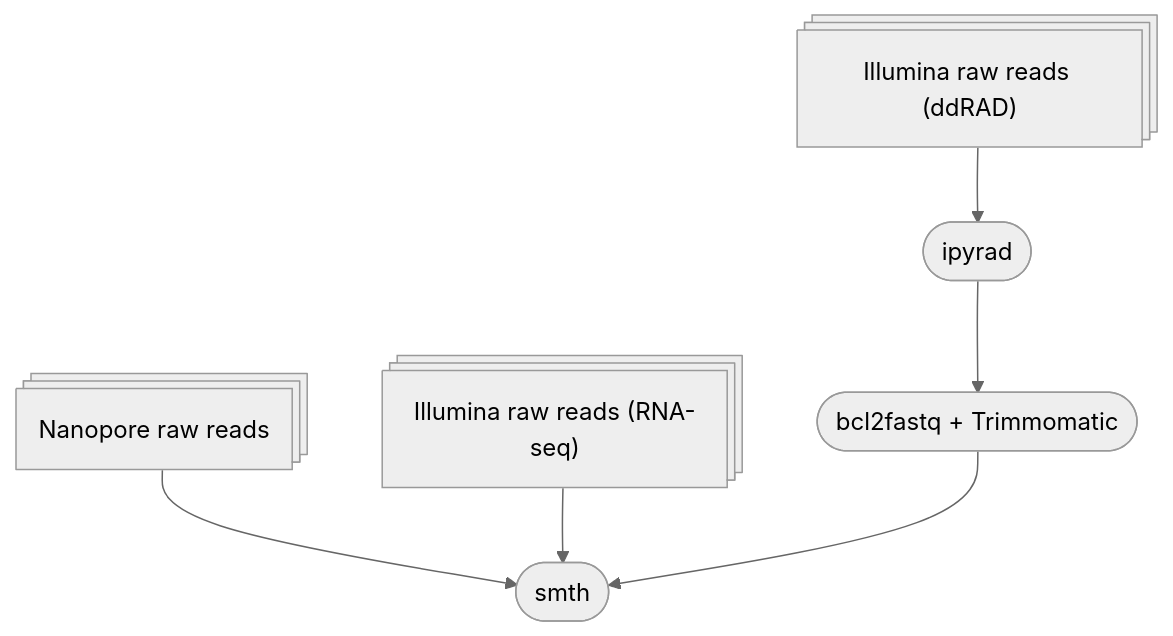
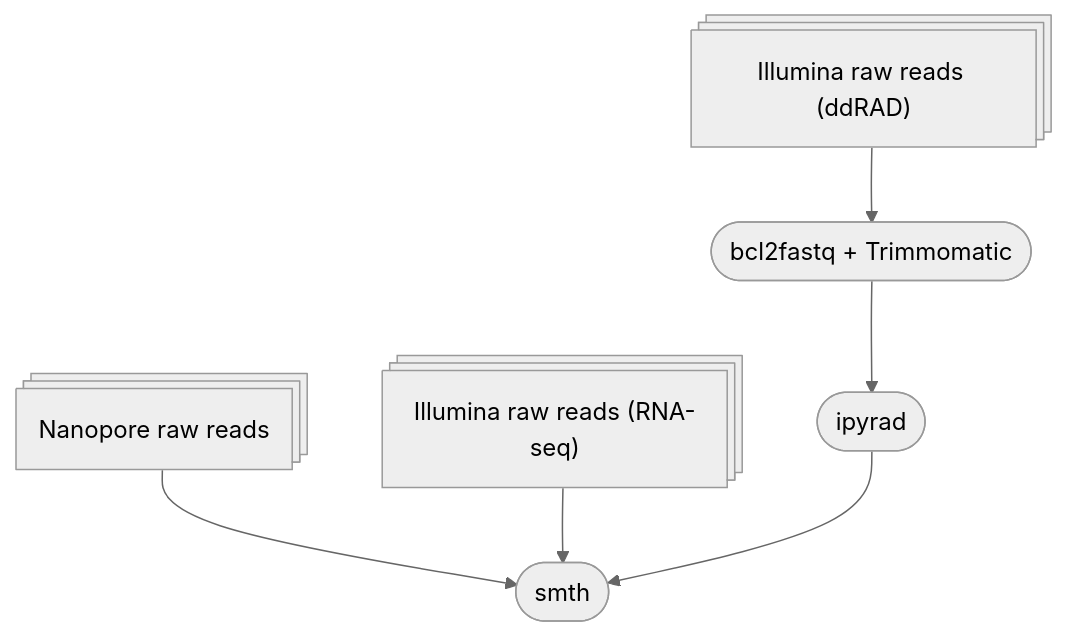
The diagram in README.md (kuprinak/Drosera_pogen), drawn with Mermaid (neutral theme) before and after one commit.

````diff
--- a/README.md
+++ b/README.md
@@ -19,8 +19,8 @@
 ```mermaid
 flowchart TB
-A@{shape: procs, label: "Illumina raw reads (ddRAD)"} --> B([ipyrad]);
-B --> C([bcl2fastq + Trimmomatic]);
+A@{shape: procs, label: "Illumina raw reads (ddRAD)"} --> B([bcl2fastq + Trimmomatic]);
+B --> C([ipyrad]);
 AA@{shape: procs, label: "Nanopore raw reads"} --> K([rnaSPAdes]);
 AAA@{shape: procs, label: "Illumina raw reads (RNA-seq)"} --> K([rnaSPAdes]);
 C --> K([smth])
 ```
````
